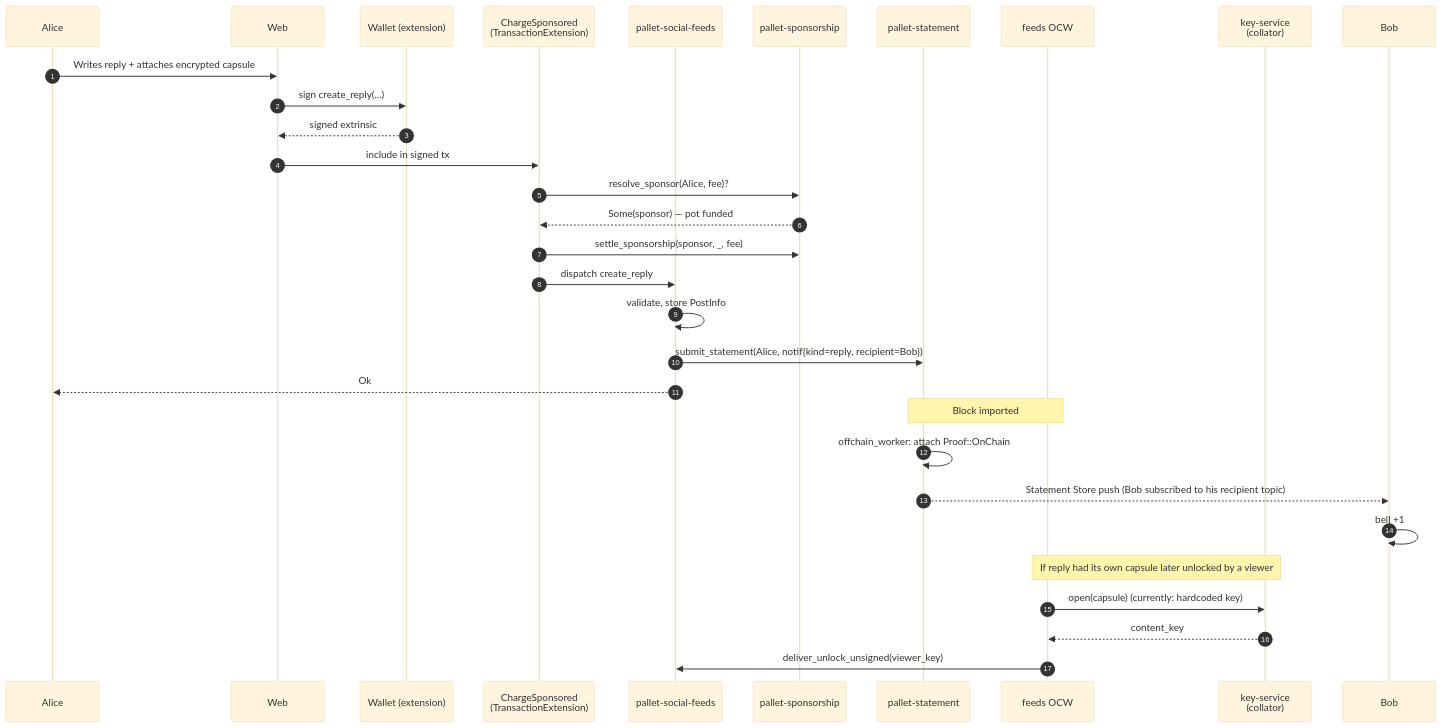
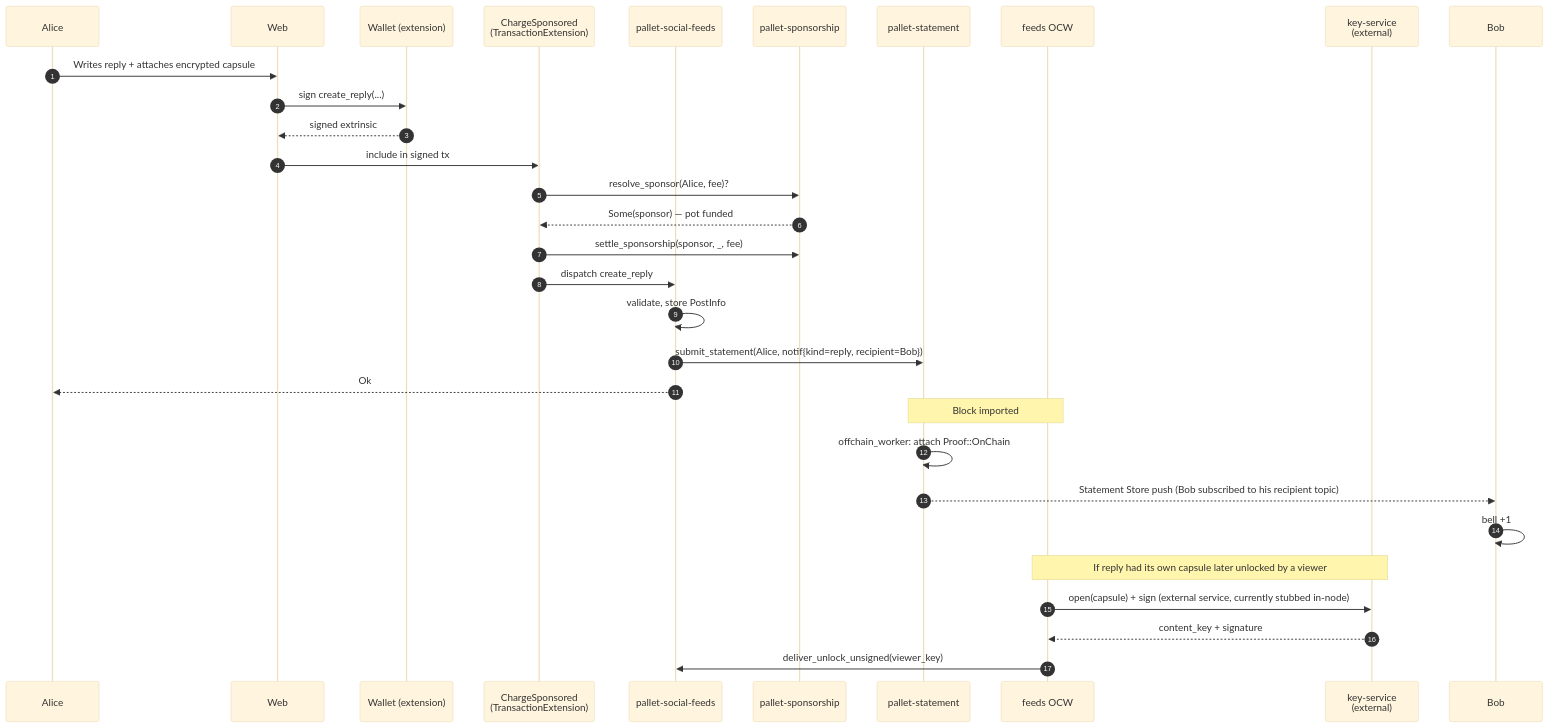
Before and after one commit to germankuber/socialfi-protocol: the fourth of 5 diagrams in docs/ARCHITECTURE_OVERVIEW.md, drawn with Mermaid (base theme). The commit also changed other lines of this file and 6 other files, not shown here.

````diff
--- a/docs/ARCHITECTURE_OVERVIEW.md
+++ b/docs/ARCHITECTURE_OVERVIEW.md
@@ -347,35 +350,35 @@
 ```mermaid
 sequenceDiagram
     autonumber
     participant Alice
     participant Web
     participant Wallet as Wallet (extension)
     participant TxExt as ChargeSponsored<br/>(TransactionExtension)
     participant PFeeds as pallet-social-feeds
     participant PSponsor as pallet-sponsorship
     participant PStatement as pallet-statement
     participant OCW as feeds OCW
-    participant KeyService as key-service<br/>(collator)
+    participant KeyService as key-service<br/>(external)
     participant Bob
 
     Alice->>Web: Writes reply + attaches encrypted capsule
     Web->>Wallet: sign create_reply(...)
     Wallet-->>Web: signed extrinsic
     Web->>TxExt: include in signed tx
     TxExt->>PSponsor: resolve_sponsor(Alice, fee)?
     PSponsor-->>TxExt: Some(sponsor) — pot funded
     TxExt->>PSponsor: settle_sponsorship(sponsor, _, fee)
     TxExt->>PFeeds: dispatch create_reply
     PFeeds->>PFeeds: validate, store PostInfo
     PFeeds->>PStatement: submit_statement(Alice, notif{kind=reply, recipient=Bob})
     PFeeds-->>Alice: Ok
     Note over PStatement,OCW: Block imported
     PStatement->>PStatement: offchain_worker: attach Proof::OnChain
     PStatement-->>Bob: Statement Store push (Bob subscribed to his recipient topic)
     Bob->>Bob: bell +1
 
     Note over OCW,KeyService: If reply had its own capsule later unlocked by a viewer
-    OCW->>KeyService: open(capsule) (currently: hardcoded key)
-    KeyService-->>OCW: content_key
+    OCW->>KeyService: open(capsule) + sign (external service, currently stubbed in-node)
+    KeyService-->>OCW: content_key + signature
     OCW->>PFeeds: deliver_unlock_unsigned(viewer_key)
 ```
````
